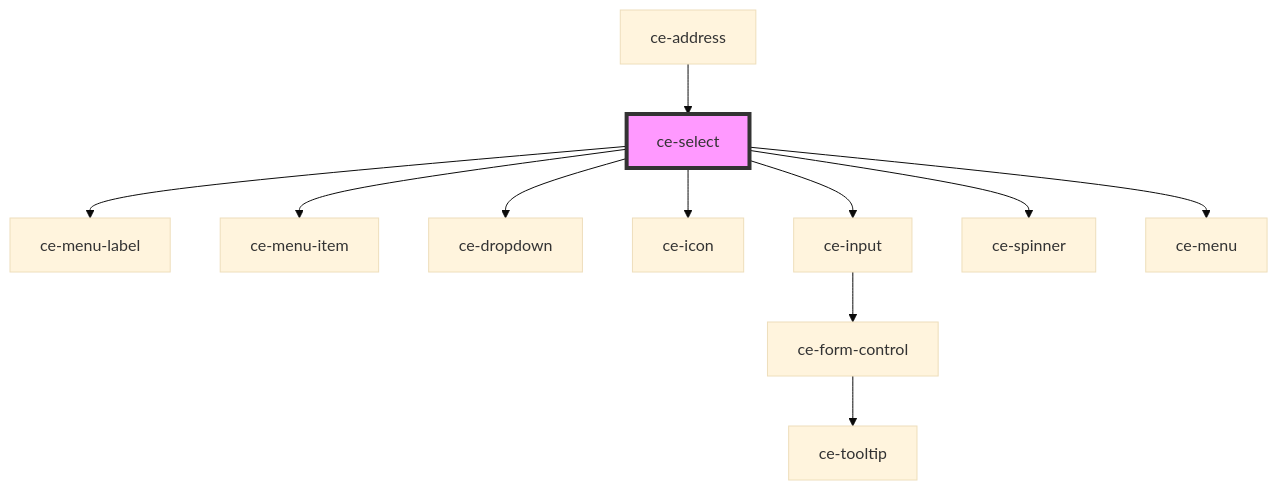
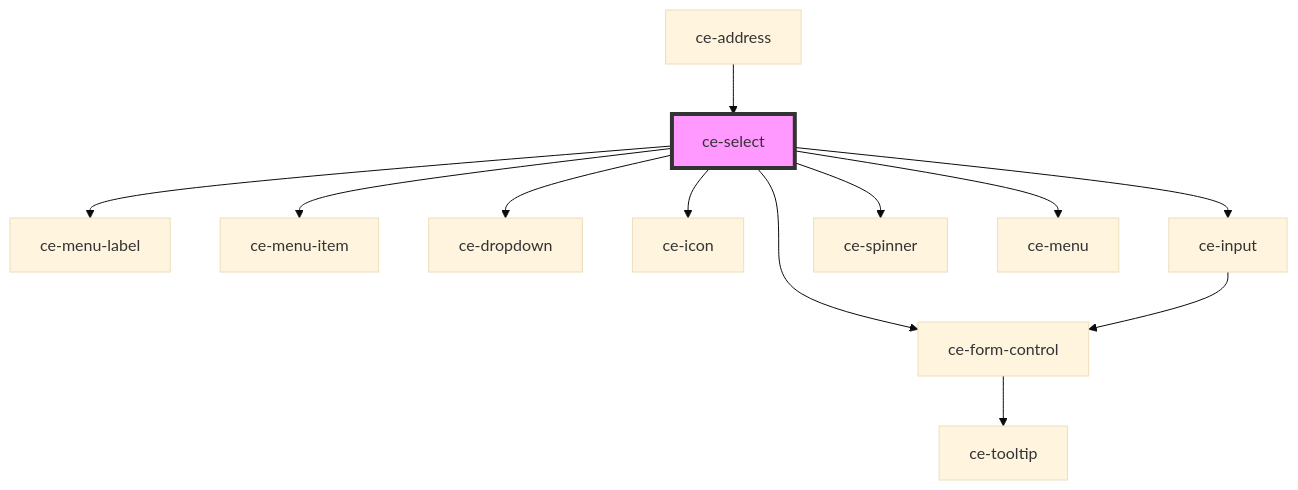
One commit to surecart/surecart-wp-plugin changed the diagram in packages/components/src/components/ui/select/readme.md. Above: the diagram before and after it, drawn with Mermaid (base theme). The commit also changed other lines of this file and 24 other files, not shown here.

````diff
--- a/packages/components/src/components/ui/select/readme.md
+++ b/packages/components/src/components/ui/select/readme.md
@@ -91,14 +85,15 @@
 ```mermaid
 graph TD;
   ce-select --> ce-menu-label
   ce-select --> ce-menu-item
+  ce-select --> ce-form-control
   ce-select --> ce-dropdown
   ce-select --> ce-icon
   ce-select --> ce-input
   ce-select --> ce-spinner
   ce-select --> ce-menu
+  ce-form-control --> ce-tooltip
   ce-input --> ce-form-control
-  ce-form-control --> ce-tooltip
   ce-address --> ce-select
   style ce-select fill:#f9f,stroke:#333,stroke-width:4px
 ```
````
